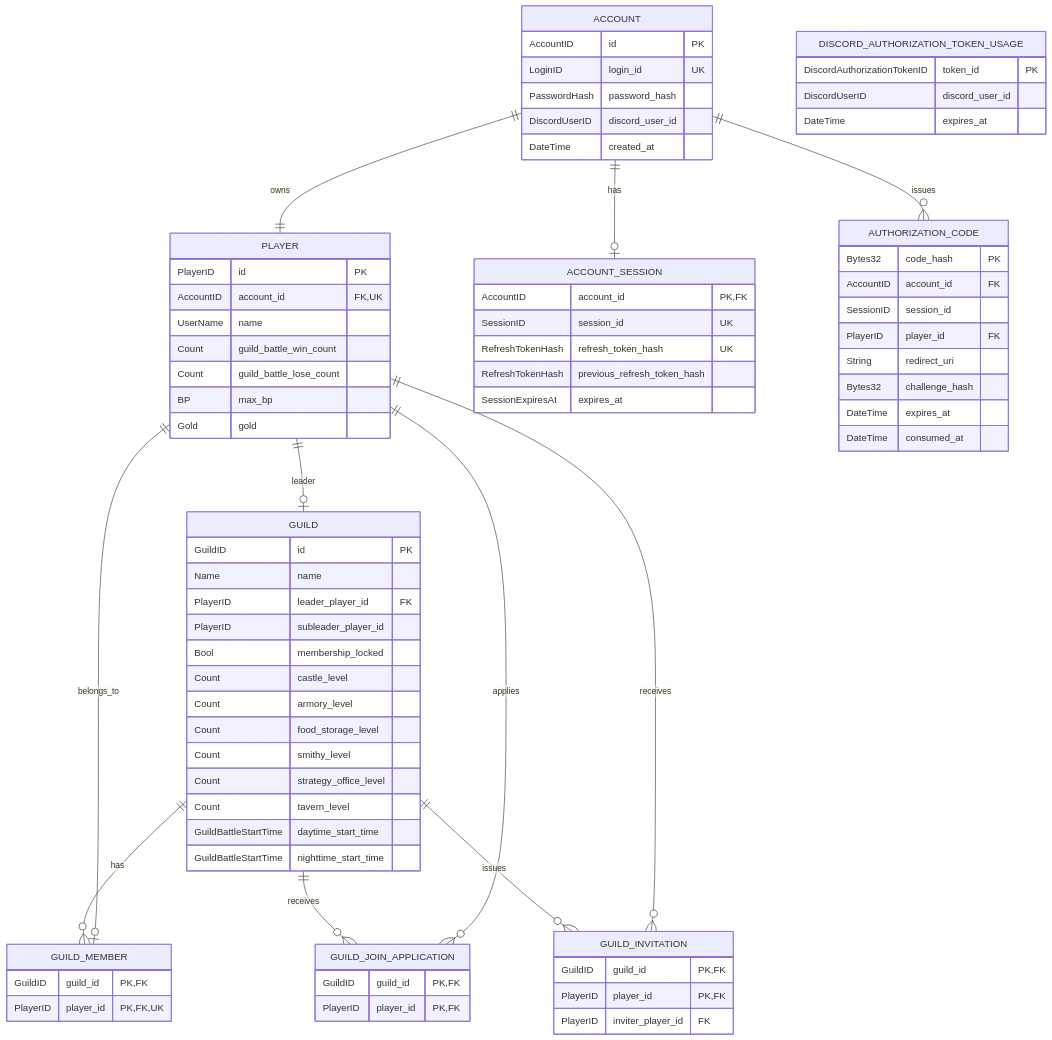
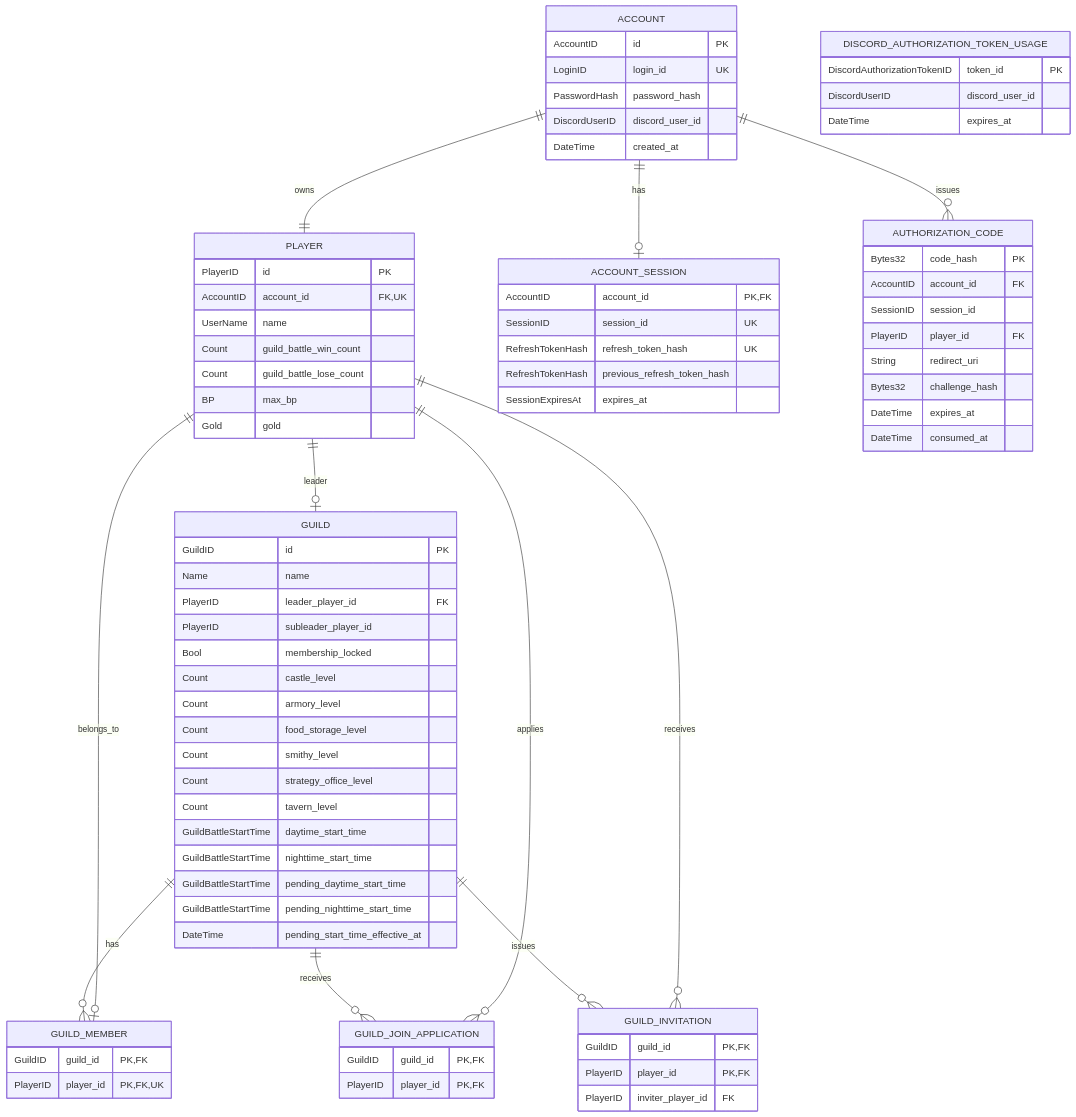
One commit to ReHydrangeaOdyssey/Specifications changed the first of 8 diagrams in design/server/data_base.md. Above: the diagram before and after it, drawn with Mermaid. The commit also changed other lines of this file and 29 other files, not shown here.

```diff
--- a/design/server/data_base.md
+++ b/design/server/data_base.md
@@ -67,6 +67,9 @@
         Count tavern_level
         GuildBattleStartTime daytime_start_time
         GuildBattleStartTime nighttime_start_time
+        GuildBattleStartTime pending_daytime_start_time
+        GuildBattleStartTime pending_nighttime_start_time
+        DateTime pending_start_time_effective_at
     }
 
     GUILD_MEMBER {
```
